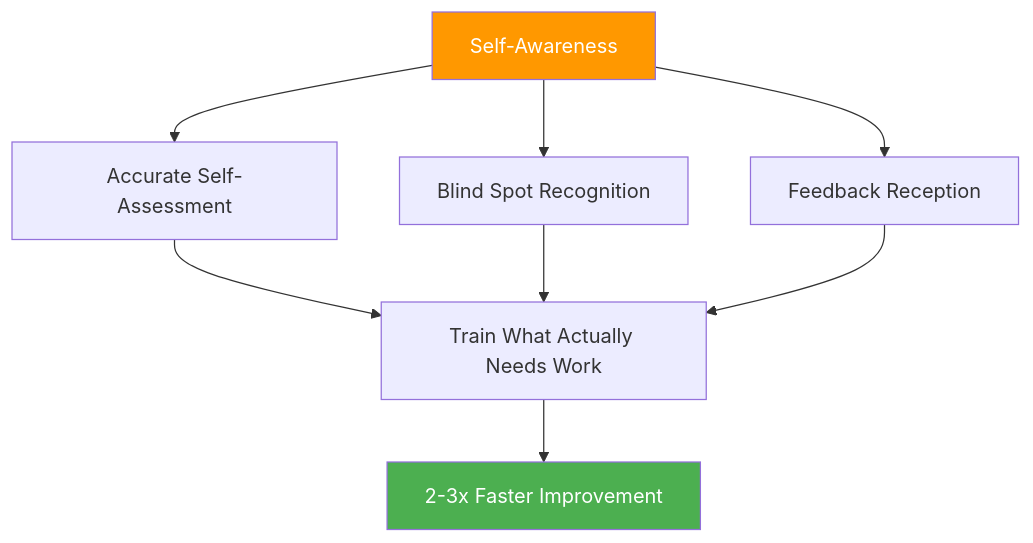
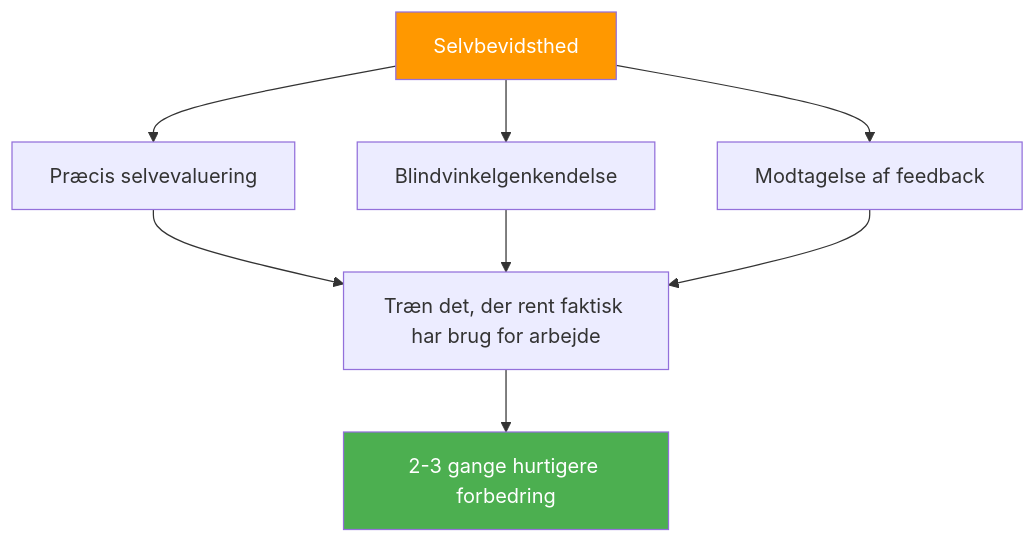
The diagram in docs/da/education/self-awareness/index.md (patwii/petanque-academy), drawn with Mermaid before and after one commit. The commit also changed other lines of this file and 550 other files, not shown here.

````diff
--- a/docs/da/education/self-awareness/index.md
+++ b/docs/da/education/self-awareness/index.md
@@ -20,15 +20,15 @@
 ```mermaid
 flowchart TD
-    A[Self-Awareness] --> B[Accurate Self-Assessment]
-    A --> C[Blind Spot Recognition]
-    A --> D[Feedback Reception]
+    A[Selvbevidsthed] --> B[Præcis selvevaluering]
+    A --> C[Blindvinkelgenkendelse]
+    A --> D[Modtagelse af feedback]
 
-    B --> E[Train What Actually Needs Work]
+    B --> E[Træn det, der rent faktisk har brug for arbejde]
     C --> E
     D --> E
 
-    E --> F[2-3x Faster Improvement]
+    E --> F[2-3 gange hurtigere forbedring]
 
     style A fill:#FF9800,color:#fff
     style F fill:#4CAF50,color:#fff
 ```
````
